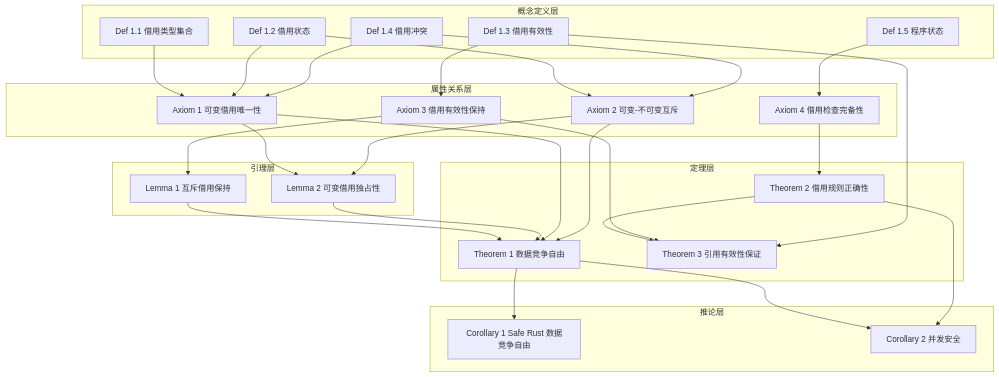
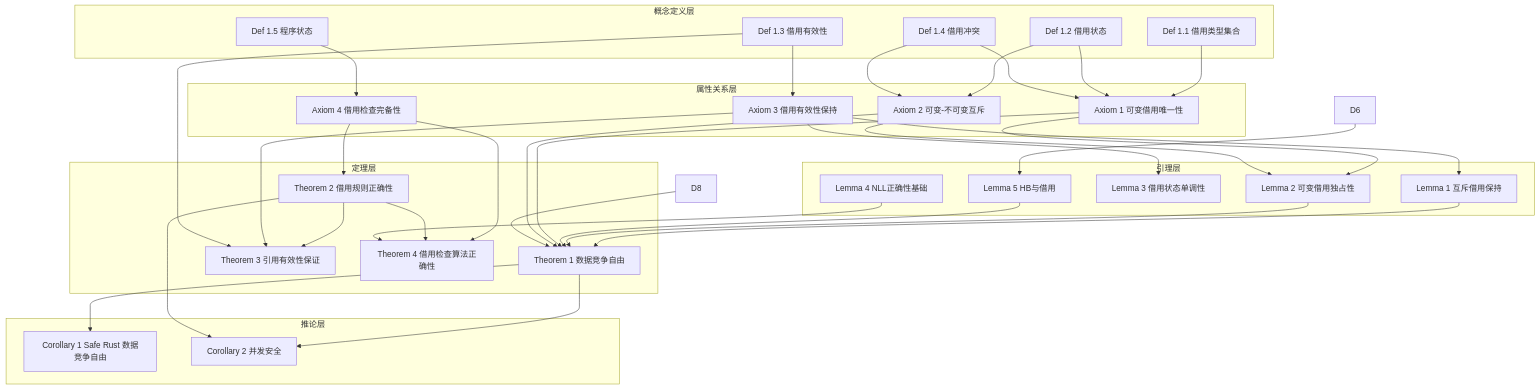
Before and after one commit to martin-ly/rust-lang: the second of 2 diagrams in docs/research_notes/formal_methods/borrow_checker_proof.md, drawn with Mermaid. The commit also changed other lines of this file and 2 other files, not shown here.

````diff
--- a/docs/research_notes/formal_methods/borrow_checker_proof.md
+++ b/docs/research_notes/formal_methods/borrow_checker_proof.md
@@ -892,59 +1090,70 @@
 ```mermaid
 graph TD
     subgraph 概念定义层
         D1[Def 1.1 借用类型集合]
         D2[Def 1.2 借用状态]
         D3[Def 1.3 借用有效性]
         D4[Def 1.4 借用冲突]
         D5[Def 1.5 程序状态]
     end
 
     subgraph 属性关系层
         A1[Axiom 1 可变借用唯一性]
         A2[Axiom 2 可变-不可变互斥]
         A3[Axiom 3 借用有效性保持]
         A4[Axiom 4 借用检查完备性]
     end
 
     subgraph 引理层
         L1[Lemma 1 互斥借用保持]
         L2[Lemma 2 可变借用独占性]
+        L3[Lemma 3 借用状态单调性]
+        L4[Lemma 4 NLL正确性基础]
+        L5[Lemma 5 HB与借用]
     end
 
     subgraph 定理层
         T1[Theorem 1 数据竞争自由]
         T2[Theorem 2 借用规则正确性]
         T3[Theorem 3 引用有效性保证]
+        T4[Theorem 4 借用检查算法正确性]
     end
 
     subgraph 推论层
         C1[Corollary 1 Safe Rust 数据竞争自由]
         C2[Corollary 2 并发安全]
     end
 
     D1 --> A1
     D2 --> A1
     D2 --> A2
     D3 --> A3
     D4 --> A1
     D4 --> A2
     D5 --> A4
+    D6 --> L5
 
     A1 --> L2
     A2 --> L2
     A3 --> L1
+    A3 --> L3
     A4 --> T2
+    A4 --> T4
 
     L1 --> T1
     L2 --> T1
+    L5 --> T1
     A1 --> T1
     A2 --> T1
+    D8 --> T1
 
     T2 --> T3
+    T2 --> T4
     A3 --> T3
     D3 --> T3
+    L4 --> T4
 
     T1 --> C1
     T1 --> C2
     T2 --> C2
 ```
````
